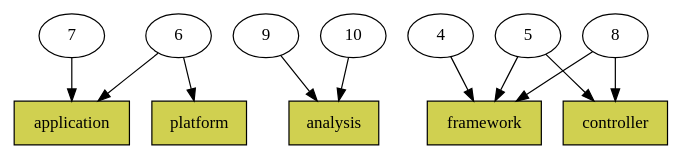
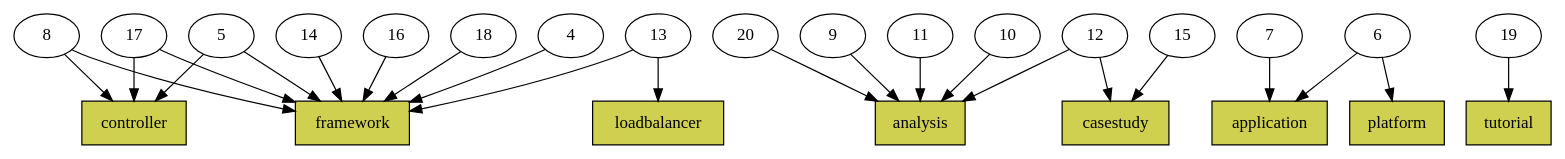
One commit to serviceprototypinglab/kubernetes-literature-dataset changed the diagram in graphs/sldgraph-nature.dot. Above: the diagram before and after it, drawn with Graphviz. The commit also changed 23 other files, not shown here.

```diff
--- a/graphs/sldgraph-nature.dot
+++ b/graphs/sldgraph-nature.dot
@@ -1,25 +1,51 @@
 digraph sldgraph {
 overlap=false;
-_S87618 -> _S10237;
-_S87618 -> _S62372;
-_S19458 -> _S10237;
-_S88631 -> _S65597;
-_S68153 -> _S56696;
-_S68153 -> _S13048;
-_S96096 -> _S65597;
-_S35645 -> _S56696;
-_S74534 -> _S56696;
-_S74534 -> _S13048;
-_S68153 [label="8"];
-_S13048 [label="controller",shape=box,style=filled,fillcolor="#d0d050"];
-_S96096 [label="10"];
-_S19458 [label="7"];
-_S74534 [label="5"];
-_S62372 [label="platform",shape=box,style=filled,fillcolor="#d0d050"];
-_S35645 [label="4"];
-_S87618 [label="6"];
-_S88631 [label="9"];
-_S65597 [label="analysis",shape=box,style=filled,fillcolor="#d0d050"];
-_S56696 [label="framework",shape=box,style=filled,fillcolor="#d0d050"];
-_S10237 [label="application",shape=box,style=filled,fillcolor="#d0d050"];
+_S16085 -> _S95448;
+_S16085 -> _S57226;
+_S32043 -> _S95448;
+_S10607 -> _S95448;
+_S96475 -> _S95448;
+_S96475 -> _S57226;
+_S52271 -> _S77698;
+_S22310 -> _S77698;
+_S86437 -> _S77698;
+_S86437 -> _S59500;
+_S47873 -> _S95448;
+_S14867 -> _S46700;
+_S14867 -> _S95734;
+_S95453 -> _S46700;
+_S48466 -> _S20269;
+_S48466 -> _S95448;
+_S31454 -> _S77698;
+_S98445 -> _S89728;
+_S88481 -> _S95448;
+_S88481 -> _S57226;
+_S78323 -> _S95448;
+_S60289 -> _S59500;
+_S89876 -> _S77698;
+_S31454 [label="11"];
+_S57226 [label="controller",shape=box,style=filled,fillcolor="#d0d050"];
+_S95734 [label="platform",shape=box,style=filled,fillcolor="#d0d050"];
+_S86437 [label="12"];
+_S32043 [label="14"];
+_S46700 [label="application",shape=box,style=filled,fillcolor="#d0d050"];
+_S48466 [label="13"];
+_S98445 [label="19"];
+_S59500 [label="casestudy",shape=box,style=filled,fillcolor="#d0d050"];
+_S10607 [label="16"];
+_S88481 [label="5"];
+_S22310 [label="9"];
+_S20269 [label="loadbalancer",shape=box,style=filled,fillcolor="#d0d050"];
+_S16085 [label="8"];
+_S77698 [label="analysis",shape=box,style=filled,fillcolor="#d0d050"];
+_S60289 [label="15"];
+_S78323 [label="4"];
+_S95448 [label="framework",shape=box,style=filled,fillcolor="#d0d050"];
+_S52271 [label="20"];
+_S89876 [label="10"];
+_S95453 [label="7"];
+_S47873 [label="18"];
+_S14867 [label="6"];
+_S96475 [label="17"];
+_S89728 [label="tutorial",shape=box,style=filled,fillcolor="#d0d050"];
 }
```
